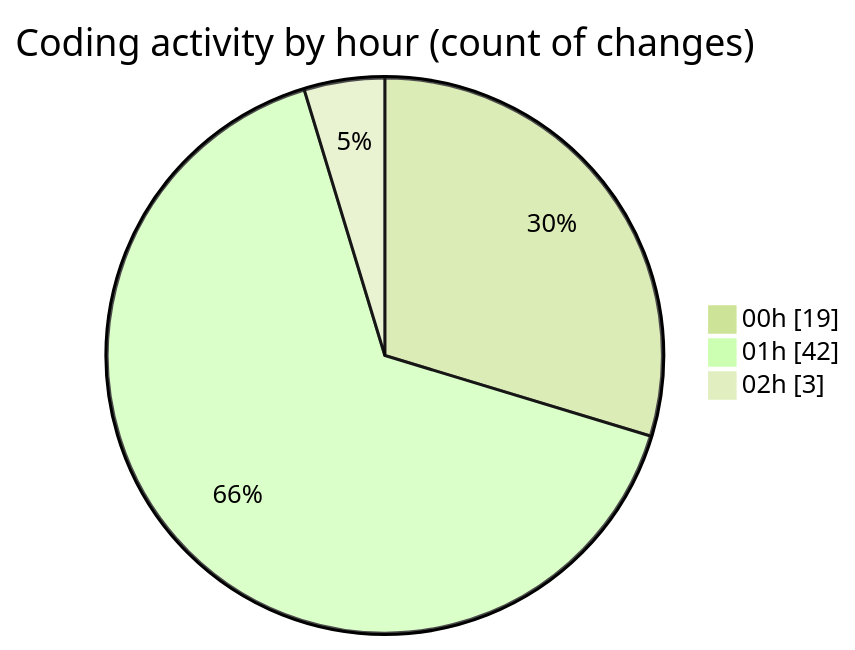
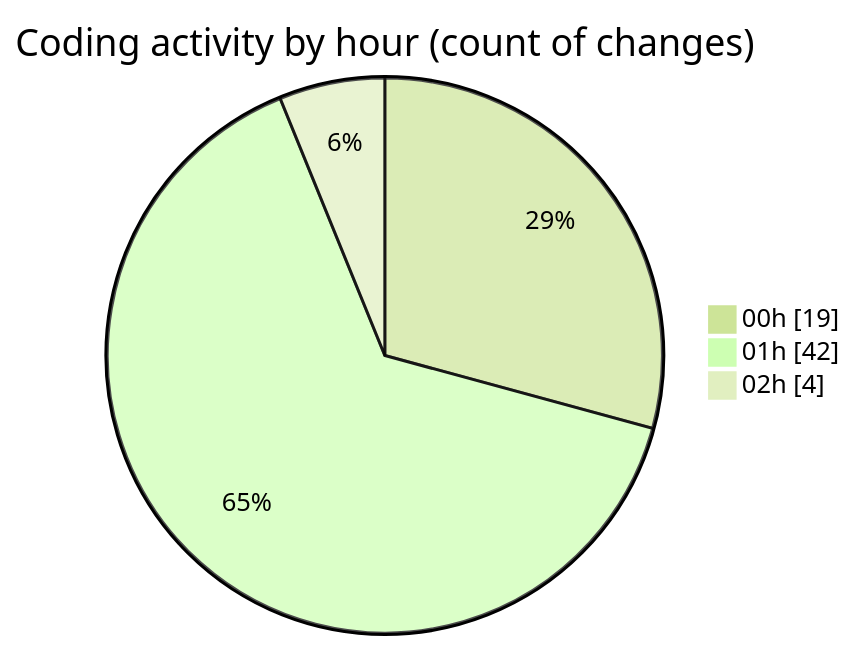
Before and after one commit to momahboobian/code-tracking: the second of 2 diagrams in 2025-02-23/pdf-analysis-app/README.md, drawn with Mermaid (forest theme). The commit also changed other lines of this file and 1 other file, not shown here.

````diff
--- a/2025-02-23/pdf-analysis-app/README.md
+++ b/2025-02-23/pdf-analysis-app/README.md
@@ -40,7 +41,7 @@
 ```mermaid
 pie showData
 title Coding activity by hour (count of changes)
 "00h" : 19
 "01h" : 42
-"02h" : 3
+"02h" : 4
 ```
````
